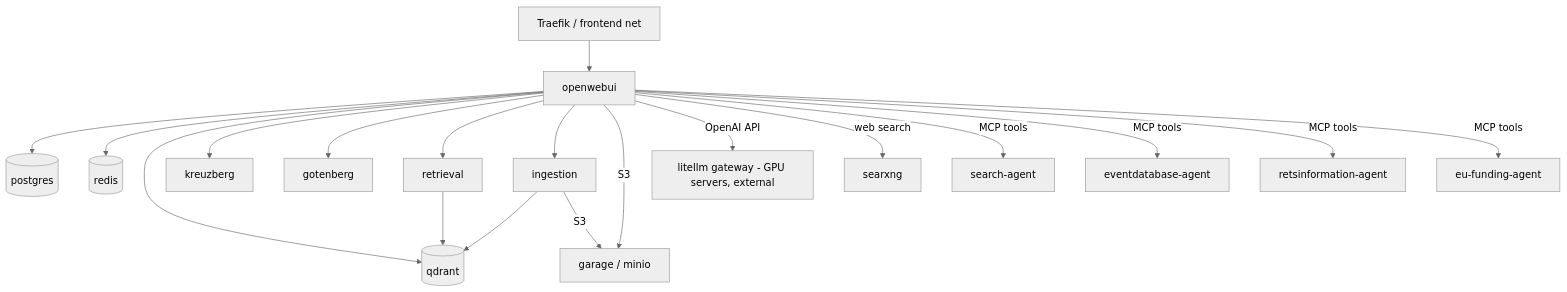
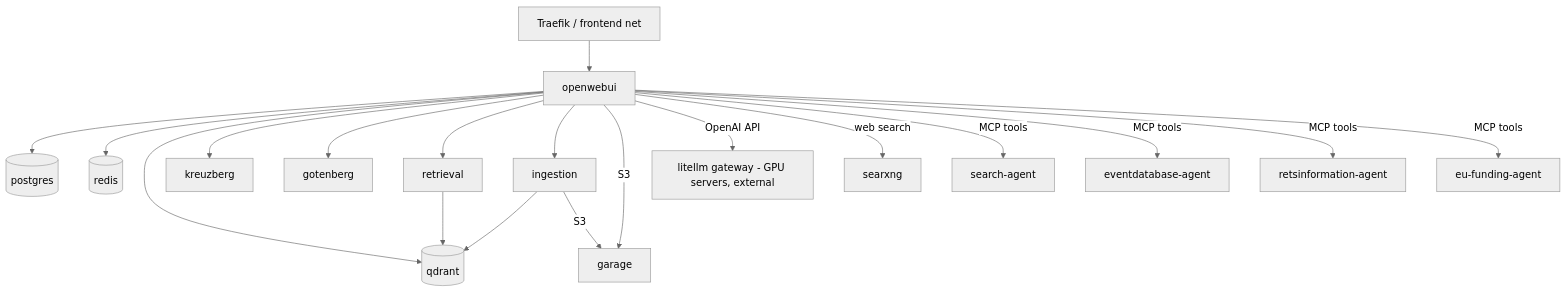
Before and after one commit to AarhusAI/aarhusai-docker: the diagram in README.md, drawn with Mermaid (neutral theme). The commit also changed other lines of this file and 4 other files, not shown here.

````diff
--- a/README.md
+++ b/README.md
@@ -59,21 +51,21 @@
 ```mermaid
 graph TD
     Traefik[Traefik / frontend net] --> OW[openwebui]
     OW --> PG[(postgres)]
     OW --> REDIS[(redis)]
     OW --> QD[(qdrant)]
     OW --> KRZ[kreuzberg]
     OW --> GOT[gotenberg]
     OW --> RET[retrieval]
     OW --> ING[ingestion]
-    OW -->|S3| S3[garage / minio]
+    OW -->|S3| S3[garage]
     OW -->|OpenAI API| LLM[litellm gateway - GPU servers, external]
     OW -->|web search| SX[searxng]
     OW -->|MCP tools| SA[search-agent]
     OW -->|MCP tools| EV[eventdatabase-agent]
     OW -->|MCP tools| RI[retsinformation-agent]
     OW -->|MCP tools| EU[eu-funding-agent]
     RET --> QD
     ING --> QD
     ING -->|S3| S3
 ```
````
